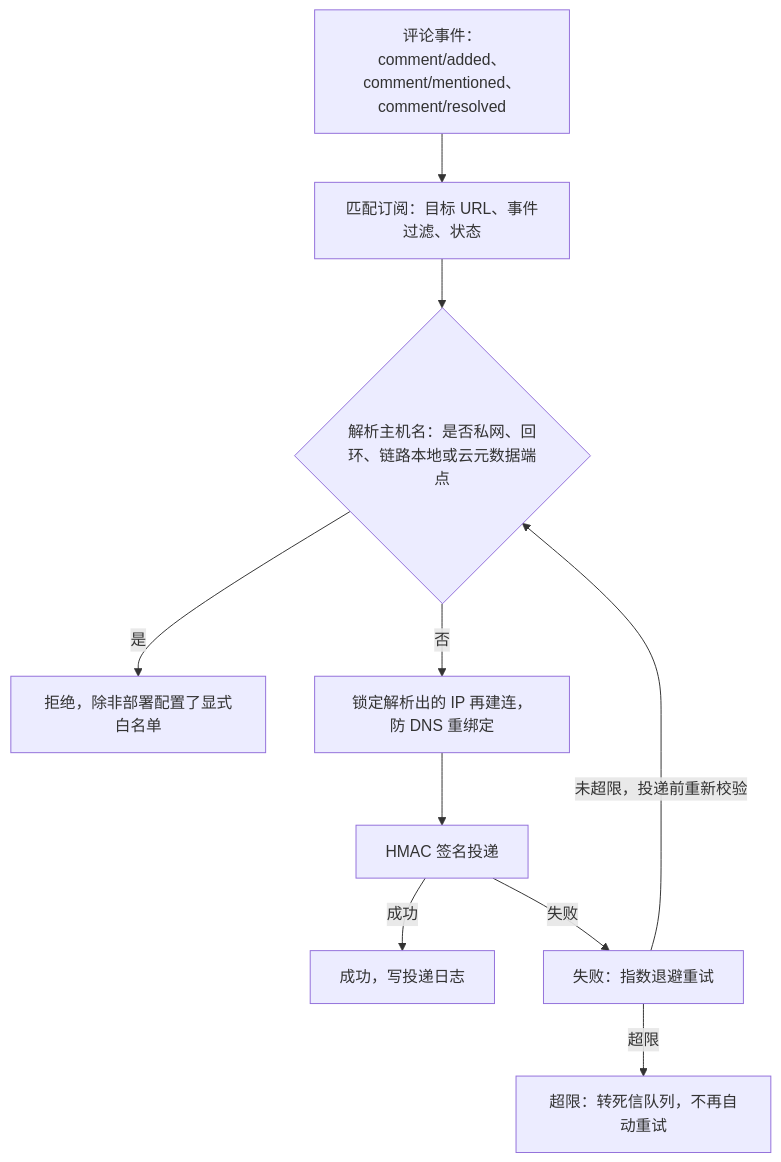
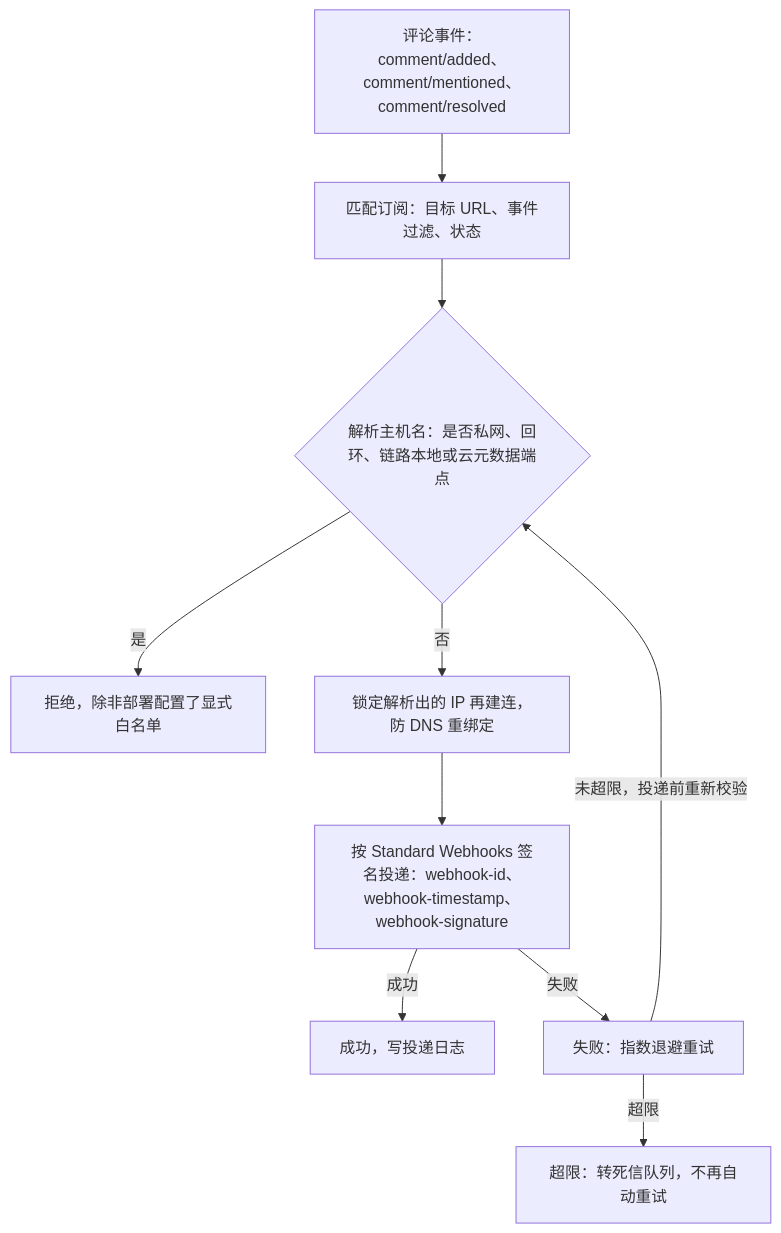
Before and after one commit to Xeonice/cordis-ppt-editor: diagram 14 of 14 in docs/10-prd/03-features/06-server-and-ops.md, drawn with Mermaid. The commit also changed other lines of this file and 78 other files, not shown here.

````diff
--- a/docs/10-prd/03-features/06-server-and-ops.md
+++ b/docs/10-prd/03-features/06-server-and-ops.md
@@ -570,19 +582,19 @@
 ```mermaid
 flowchart TB
   ev["评论事件：comment/added、comment/mentioned、comment/resolved"]
   sub["匹配订阅：目标 URL、事件过滤、状态"]
   ssrf{"解析主机名：是否私网、回环、链路本地或云元数据端点"}
   block["拒绝，除非部署配置了显式白名单"]
   pin["锁定解析出的 IP 再建连，防 DNS 重绑定"]
-  send["HMAC 签名投递"]
+  send["按 Standard Webhooks 签名投递：webhook-id、webhook-timestamp、webhook-signature"]
   ok["成功，写投递日志"]
   retry["失败：指数退避重试"]
   dlq["超限：转死信队列，不再自动重试"]
   ev --> sub --> ssrf
   ssrf -->|"是"| block
   ssrf -->|"否"| pin --> send
   send -->|"成功"| ok
   send -->|"失败"| retry
   retry -->|"未超限，投递前重新校验"| ssrf
   retry -->|"超限"| dlq
 ```
````
